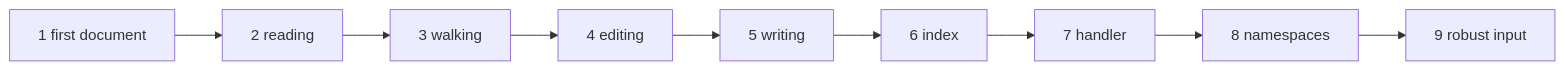
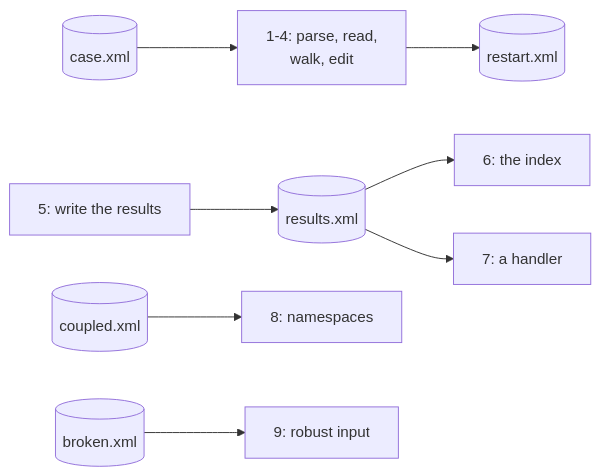
The diagram in docs/manual/index.md (Fortran-FOSS-Programmers/FoXy), drawn with Mermaid before and after one commit. The commit also changed other lines of this file and 58 other files, not shown here.

First line of the commit message:
docs: audit the documentation against the code, add a cast and diagrams

````diff
--- a/docs/manual/index.md
+++ b/docs/manual/index.md
@@ -28,4 +30,9 @@
 ```mermaid
 flowchart LR
-  c1[1 first document] --> c2[2 reading] --> c3[3 walking] --> c4[4 editing] --> c5[5 writing] --> c6[6 index] --> c7[7 handler] --> c8[8 namespaces] --> c9[9 robust input]
+  case[(case.xml)] --> c1to4["1-4: parse, read,<br/>walk, edit"] --> restart[(restart.xml)]
+  c5["5: write the results"] --> results[(results.xml)]
+  results --> c6["6: the index"]
+  results --> c7["7: a handler"]
+  coupled[(coupled.xml)] --> c8["8: namespaces"]
+  broken[(broken.xml)] --> c9["9: robust input"]
 ```
````
